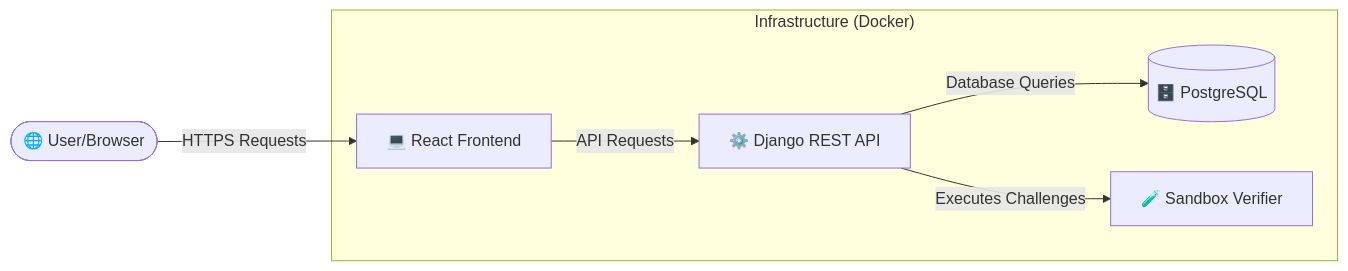
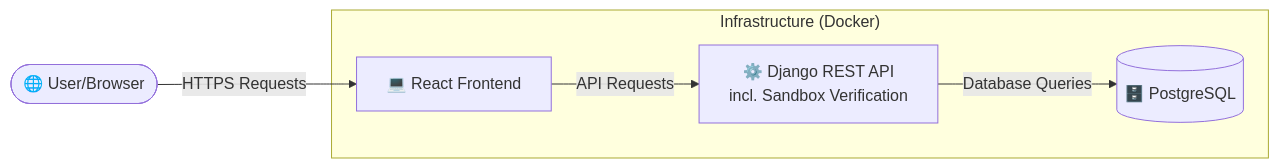
One commit to goyaljiiiiii/Open-Source-Contribution-Atelier changed the diagram in README.md. Above: the diagram before and after it, drawn with Mermaid. The commit also changed other lines of this file, not shown here.

Commit message:
docs: fix build badge and update sandbox diagram accuracy

````diff
--- a/README.md
+++ b/README.md
@@ -16,10 +16,9 @@
 ```mermaid
 graph LR
     User([🌐 User/Browser]) -->|HTTPS Requests| frontend
     
     subgraph Infrastructure ["Infrastructure (Docker)"]
         frontend[💻 React Frontend] -->|API Requests| api
-        api[⚙️ Django REST API] -->|Database Queries| db[(🗄️ PostgreSQL)]
-        api -->|Executes Challenges| sandbox[🧪 Sandbox Verifier]
+        api[⚙️ Django REST API<br/>incl. Sandbox Verification] -->|Database Queries| db[(🗄️ PostgreSQL)]
     end
 ```
````
